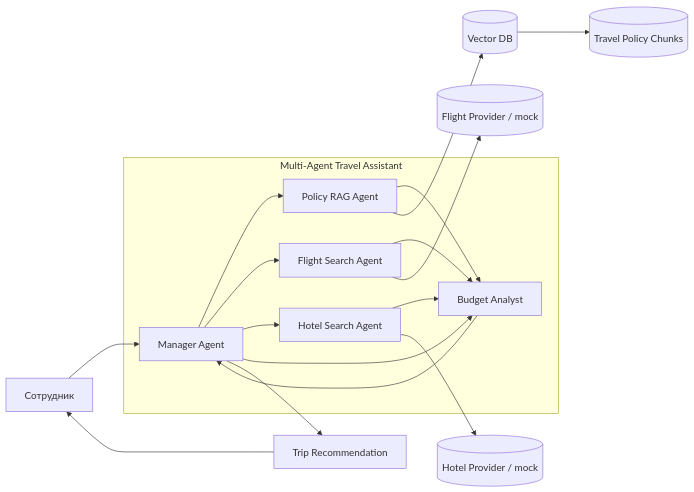
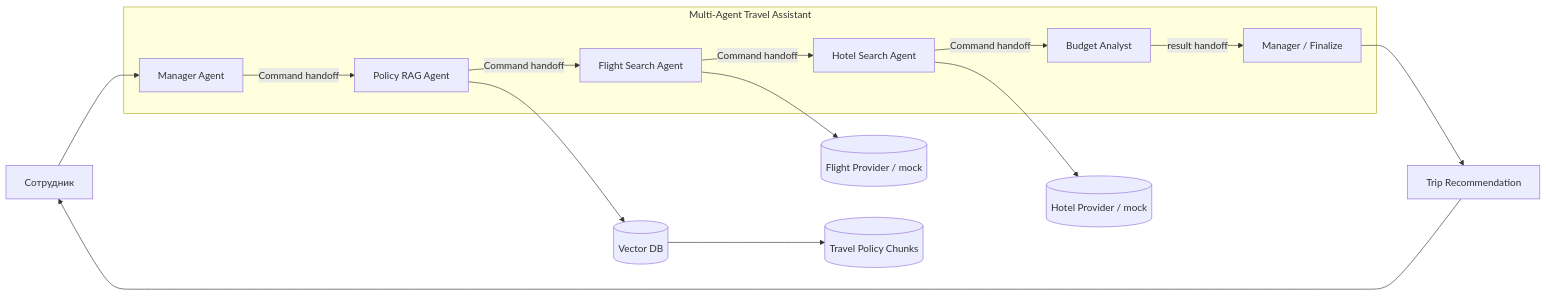
Before and after one commit to VictorKVS/OTUS-: the first of 2 diagrams in 7. Архитектурные паттерны AI-агенты и Multi-Agent Systems  ДЗ/ДЗ_07_Travel_MultiAgent_RAG/README.md, drawn with Mermaid. The commit also changed other lines of this file and 9 other files, not shown here.

First line of the commit message:
ДЗ 07 M1.1: Hybrid RAG + typed messages + Command handoffs

````diff
--- a/7. Архитектурные паттерны AI-агенты и Multi-Agent Systems  ДЗ/ДЗ_07_Travel_MultiAgent_RAG/README.md
+++ b/7. Архитектурные паттерны AI-агенты и Multi-Agent Systems  ДЗ/ДЗ_07_Travel_MultiAgent_RAG/README.md
@@ -60,22 +69,19 @@
 ```mermaid
 flowchart LR
     U[Сотрудник] --> M[Manager Agent]
 
     subgraph MAS[Multi-Agent Travel Assistant]
-      M --> P[Policy RAG Agent]
-      M --> F[Flight Search Agent]
-      M --> H[Hotel Search Agent]
-      M --> B[Budget Analyst]
-      P --> B
-      F --> B
-      H --> B
-      B --> M
+      M -->|Command handoff| P[Policy RAG Agent]
+      P -->|Command handoff| F[Flight Search Agent]
+      F -->|Command handoff| H[Hotel Search Agent]
+      H -->|Command handoff| B[Budget Analyst]
+      B -->|result handoff| M2[Manager / Finalize]
     end
 
     P --> V[(Vector DB)]
     V --> PC[(Travel Policy Chunks)]
     F --> FS[(Flight Provider / mock)]
     H --> HS[(Hotel Provider / mock)]
-    M --> R[Trip Recommendation]
+    M2 --> R[Trip Recommendation]
     R --> U
 ```
````
